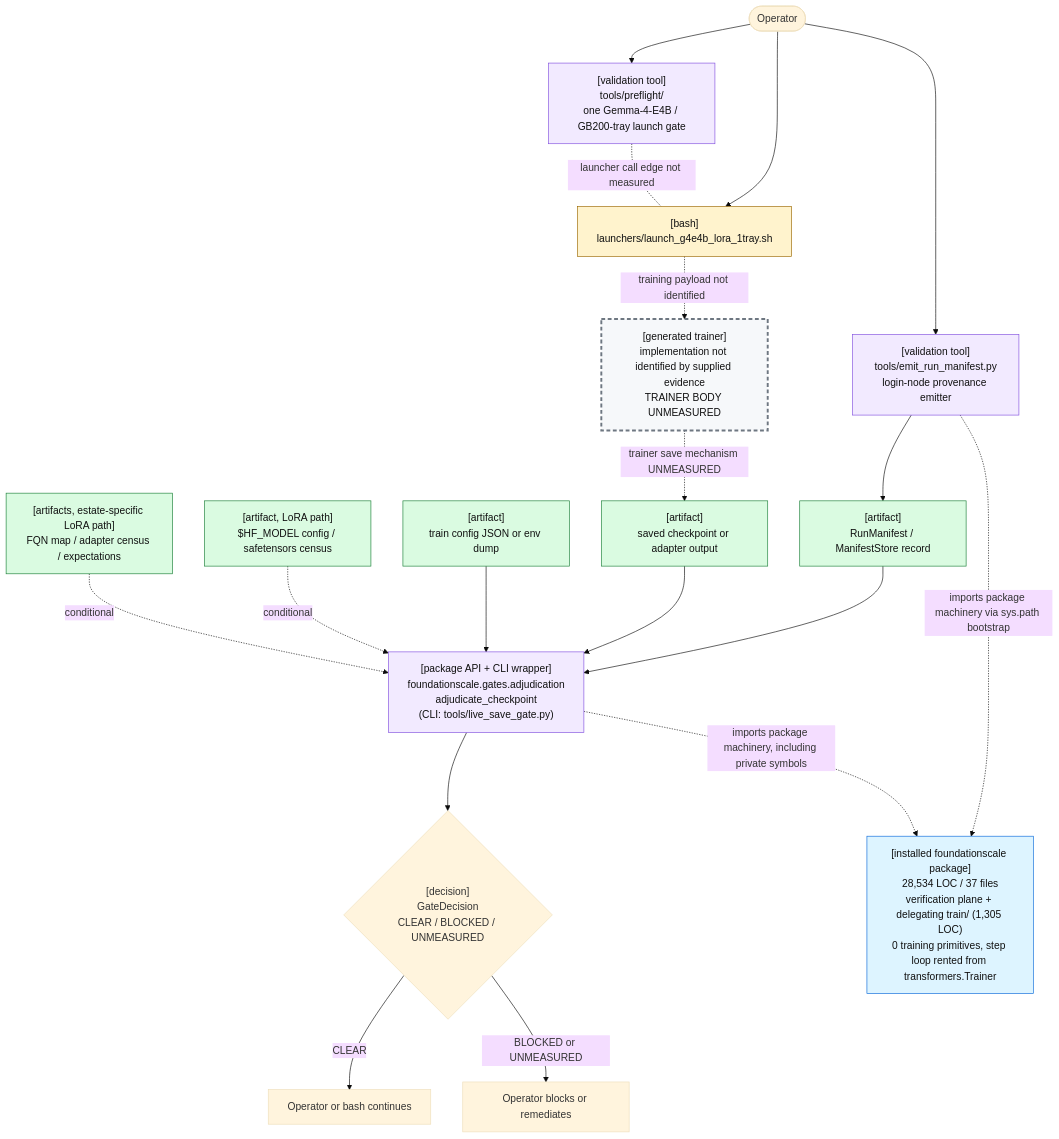
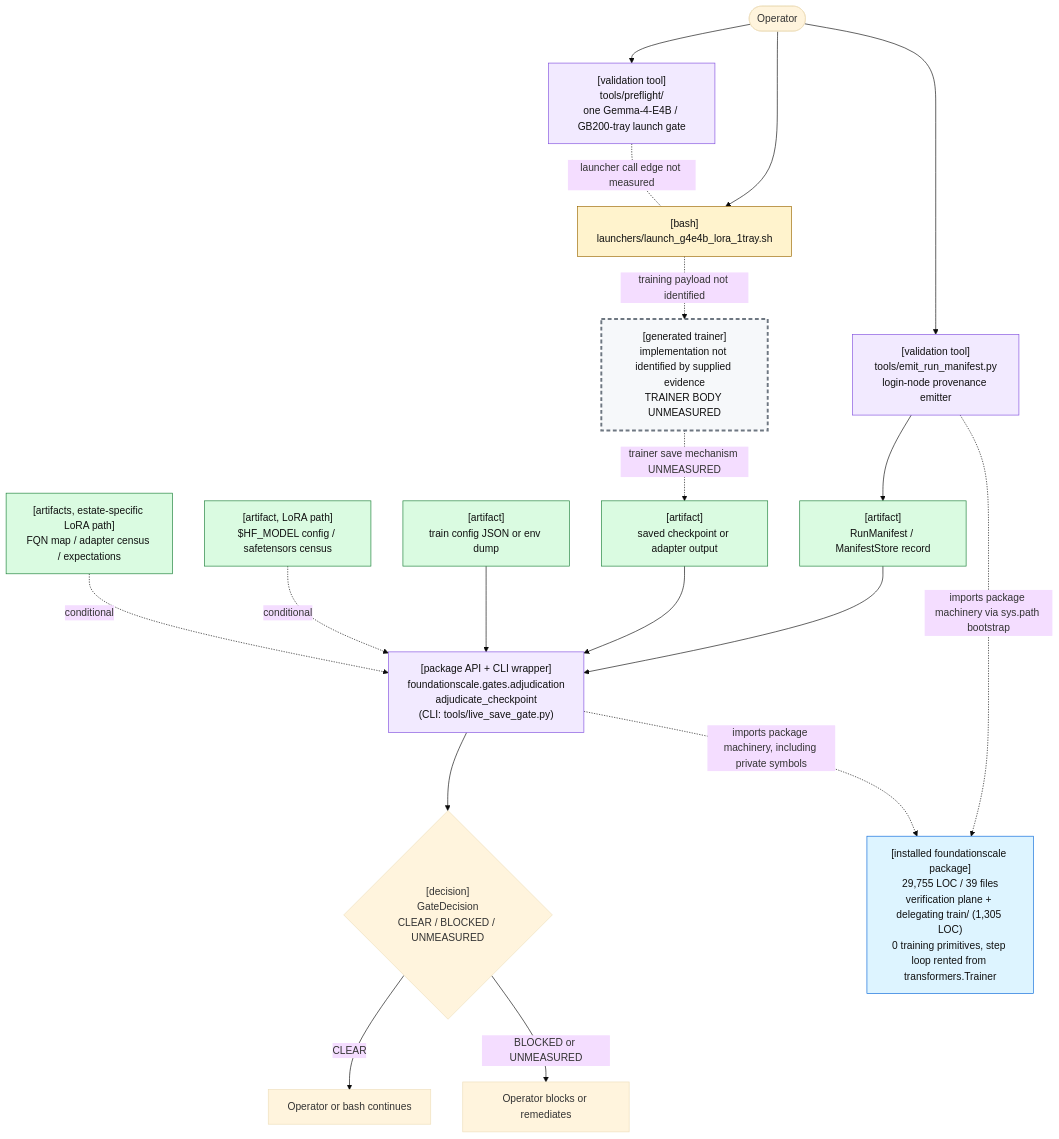
One commit to TranNhiem/FoundationScale changed the first of 2 diagrams in docs/review/D2_current_architecture.md. Above: the diagram before and after it, drawn with Mermaid (base theme). The commit also changed other lines of this file and 21 other files, not shown here.

````diff
--- a/docs/review/D2_current_architecture.md
+++ b/docs/review/D2_current_architecture.md
@@ -25,59 +25,59 @@
 ```mermaid
 flowchart TB
   O(["Operator"])
 
   PF["[validation tool]<br/>tools/preflight/<br/>one Gemma-4-E4B / GB200-tray launch gate"]
   L["[bash]<br/>launchers/launch_g4e4b_lora_1tray.sh"]
 
   E["[validation tool]<br/>tools/emit_run_manifest.py<br/>login-node provenance emitter"]
   M["[artifact]<br/>RunManifest / ManifestStore record"]
 
   T["[generated trainer]<br/>implementation not identified by supplied evidence<br/>TRAINER BODY UNMEASURED"]
   C["[artifact]<br/>saved checkpoint or adapter output"]
 
   G["[package API + CLI wrapper]<br/>foundationscale.gates.adjudication<br/>adjudicate_checkpoint<br/>(CLI: tools/live_save_gate.py)"]
   CFG["[artifact]<br/>train config JSON or env dump"]
   BASE["[artifact, LoRA path]<br/>$HF_MODEL config / safetensors census"]
   CEN["[artifacts, estate-specific LoRA path]<br/>FQN map / adapter census / expectations"]
 
   D{"[decision]<br/>GateDecision<br/>CLEAR / BLOCKED / UNMEASURED"}
   OK["Operator or bash continues"]
   NO["Operator blocks or remediates"]
 
-  PKG["[installed foundationscale package]<br/>28,534 LOC / 37 files<br/>verification plane + delegating train/ (1,305 LOC)<br/>0 training primitives, step loop rented from transformers.Trainer"]
+  PKG["[installed foundationscale package]<br/>29,755 LOC / 39 files<br/>verification plane + delegating train/ (1,305 LOC)<br/>0 training primitives, step loop rented from transformers.Trainer"]
 
   O --> PF
   O --> L
   PF -. "launcher call edge not measured" .- L
 
   O --> E
   E --> M
 
   L -. "training payload not identified" .-> T
   T -. "trainer save mechanism UNMEASURED" .-> C
 
   M --> G
   C --> G
   CFG --> G
   BASE -. "conditional" .-> G
   CEN -. "conditional" .-> G
 
   E -. "imports package machinery via sys.path bootstrap" .-> PKG
   G -. "imports package machinery, including private symbols" .-> PKG
 
   G --> D
   D -->|"CLEAR"| OK
   D -->|"BLOCKED or UNMEASURED"| NO
 
   classDef bash fill:#fff3cd,stroke:#9a6700,color:#111;
   classDef tool fill:#f2eaff,stroke:#8250df,color:#111;
   classDef artifact fill:#dafbe1,stroke:#1a7f37,color:#111;
   classDef gap fill:#f6f8fa,stroke:#6e7781,stroke-width:3px,stroke-dasharray: 6 4,color:#111;
   classDef pkg fill:#ddf4ff,stroke:#0969da,color:#111;
 
   class L bash;
   class PF,E,G tool;
   class M,C,CFG,BASE,CEN artifact;
   class T gap;
   class PKG pkg;
 ```
````
